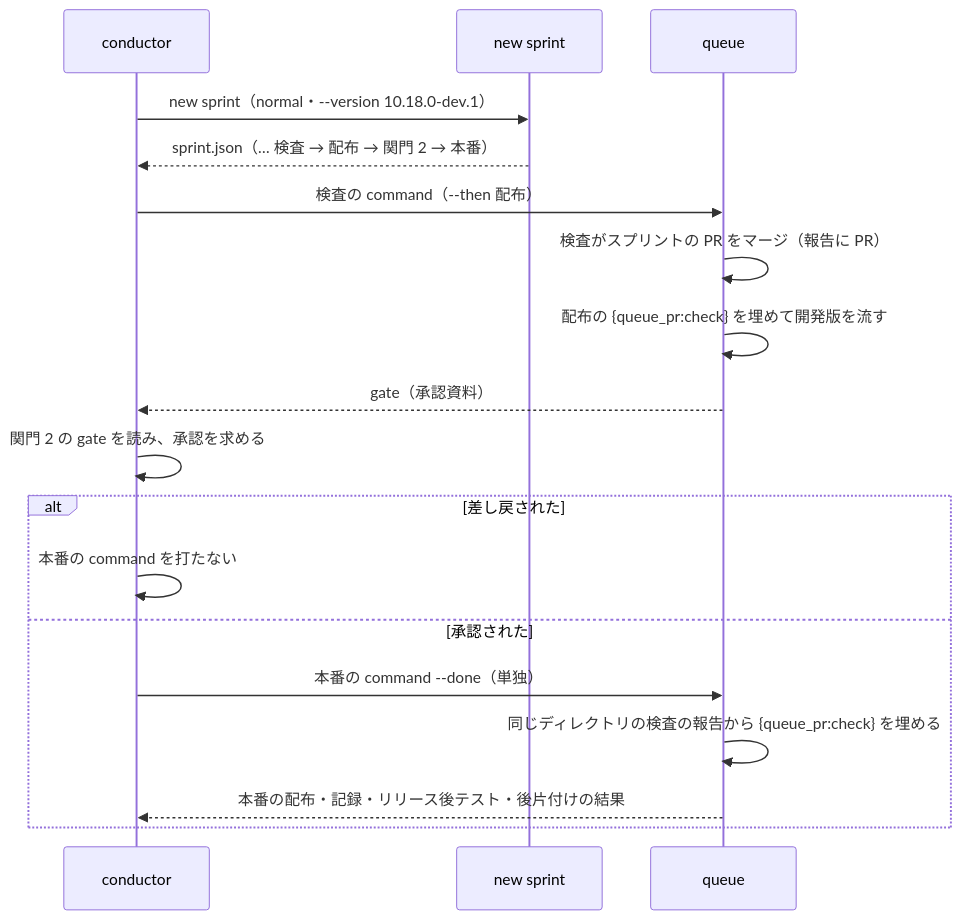
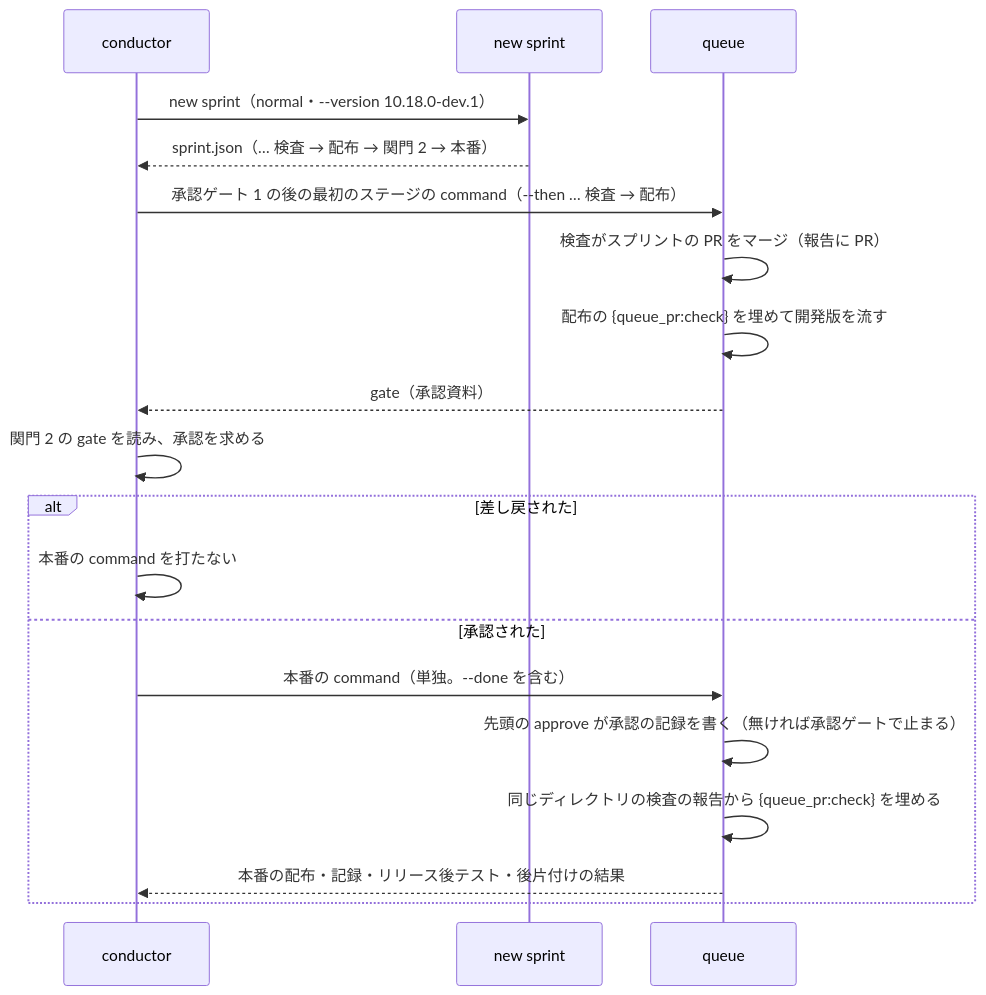
Before and after one commit to devbasex/ai-plugins: the second of 2 diagrams in docs/specifications/ndf-production-release-record.md, drawn with Mermaid. The commit also changed other lines of this file and 2 other files, not shown here.

Commit message:
確定仕様: 本番のプランの先頭の approve・目録の --done と resume・--absorb の課題の確かめを変更後の振る舞いに合わせる（#1426）

````diff
--- a/docs/specifications/ndf-production-release-record.md
+++ b/docs/specifications/ndf-production-release-record.md
@@ -255,20 +261,21 @@
 ```mermaid
 sequenceDiagram
     participant C as conductor
     participant S as new sprint
     participant Q as queue
     C->>S: new sprint（normal・--version 10.18.0-dev.1）
     S-->>C: sprint.json（… 検査 → 配布 → 関門 2 → 本番）
-    C->>Q: 検査の command（--then 配布）
+    C->>Q: 承認ゲート 1 の後の最初のステージの command（--then … 検査 → 配布）
     Q->>Q: 検査がスプリントの PR をマージ（報告に PR）
     Q->>Q: 配布の {queue_pr:check} を埋めて開発版を流す
     Q-->>C: gate（承認資料）
     C->>C: 関門 2 の gate を読み、承認を求める
     alt 差し戻された
         C->>C: 本番の command を打たない
     else 承認された
-        C->>Q: 本番の command --done（単独）
+        C->>Q: 本番の command（単独。--done を含む）
+        Q->>Q: 先頭の approve が承認の記録を書く（無ければ承認ゲートで止まる）
         Q->>Q: 同じディレクトリの検査の報告から {queue_pr:check} を埋める
         Q-->>C: 本番の配布・記録・リリース後テスト・後片付けの結果
     end
 ```
````
